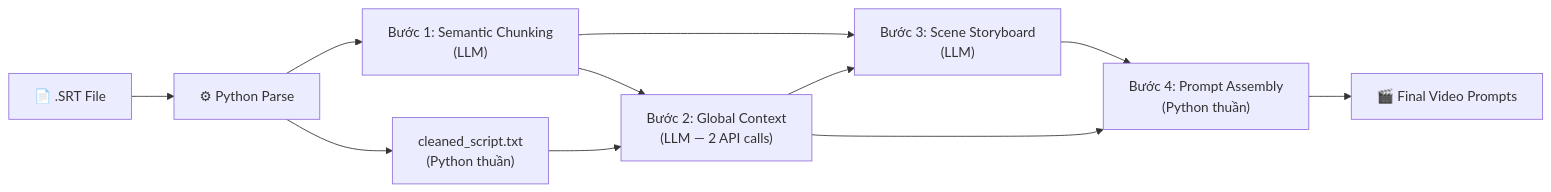
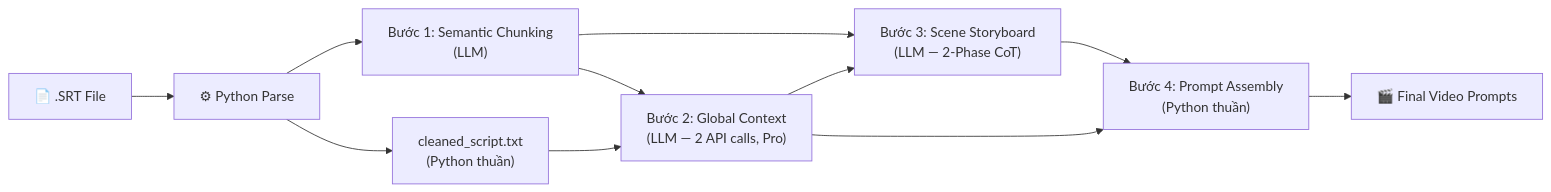
Before and after one commit to dangduynghia92-ops/Antigravity-Sync-chat: the diagram in brain/e09d1ff9-c14c-4880-a56d-4d3394fe9af0/implementation_plan.md, drawn with Mermaid. The commit also changed other lines of this file and 13 other files, not shown here.

````diff
--- a/brain/e09d1ff9-c14c-4880-a56d-4d3394fe9af0/implementation_plan.md
+++ b/brain/e09d1ff9-c14c-4880-a56d-4d3394fe9af0/implementation_plan.md
@@ -12,13 +12,13 @@
 ```mermaid
 graph LR
     SRT["📄 .SRT File"] --> P["⚙ Python Parse"]
     P --> S1["Bước 1: Semantic Chunking<br/>(LLM)"]
     P --> CLEAN["cleaned_script.txt<br/>(Python thuần)"]
-    S1 --> S2["Bước 2: Global Context<br/>(LLM — 2 API calls)"]
+    S1 --> S2["Bước 2: Global Context<br/>(LLM — 2 API calls, Pro)"]
     CLEAN --> S2
-    S1 --> S3["Bước 3: Scene Storyboard<br/>(LLM)"]
+    S1 --> S3["Bước 3: Scene Storyboard<br/>(LLM — 2-Phase CoT)"]
     S2 --> S3
     S3 --> S4["Bước 4: Prompt Assembly<br/>(Python thuần)"]
     S2 --> S4
     S4 --> OUT["🎬 Final Video Prompts"]
 ```
````
